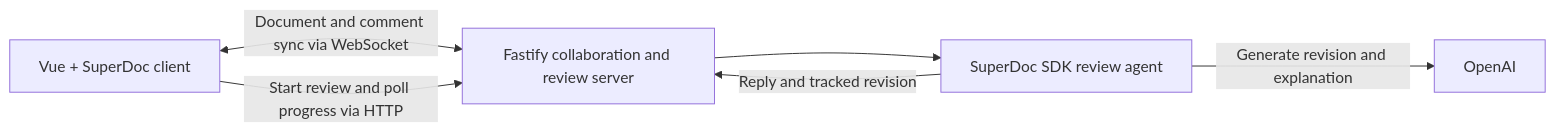
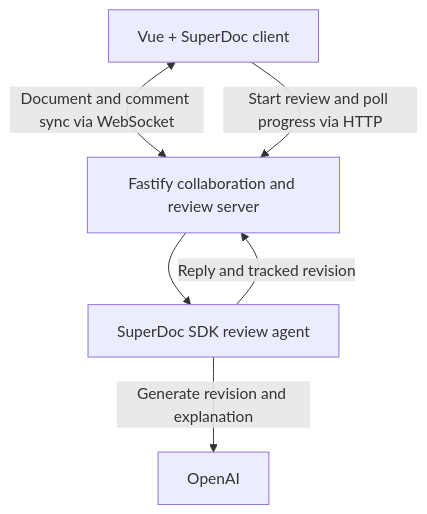
Before and after one commit to mattConnHarbour/agentic-collaboration-demo: the diagram in README.md, drawn with Mermaid.

Commit message:
docs: use vertical architecture diagram

````diff
--- a/README.md
+++ b/README.md
@@ -9,13 +9,13 @@
 ```mermaid
-flowchart LR
+flowchart TD
     Client[Vue + SuperDoc client]
     Server[Fastify collaboration and review server]
     Agent[SuperDoc SDK review agent]
     OpenAI[OpenAI]
 
     Client <-->|Document and comment sync via WebSocket| Server
     Client -->|Start review and poll progress via HTTP| Server
     Server --> Agent
     Agent -->|Generate revision and explanation| OpenAI
     Agent -->|Reply and tracked revision| Server
 ```
````
